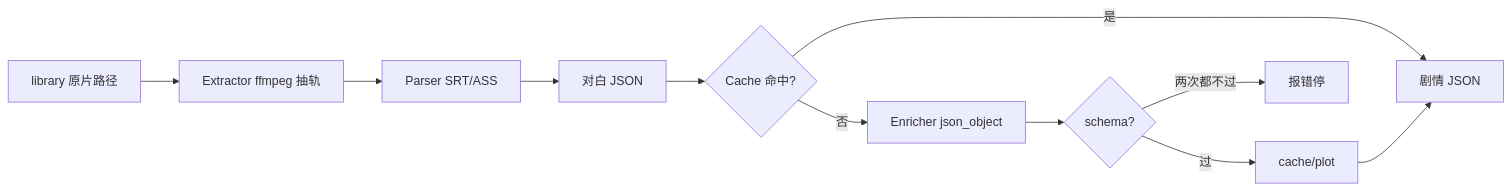
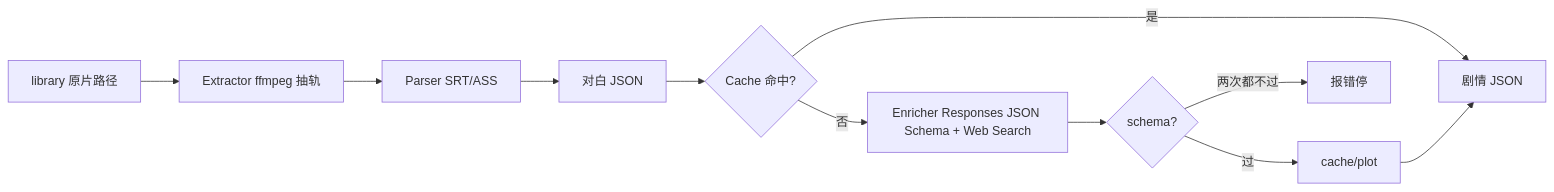
Before and after one commit to lucy971326/WithYou: the diagram in backend/internal/plot/README.md, drawn with Mermaid. The commit also changed other lines of this file and 9 other files, not shown here.

````diff
--- a/backend/internal/plot/README.md
+++ b/backend/internal/plot/README.md
@@ -5,13 +5,13 @@
 ```mermaid
 flowchart LR
   P[library 原片路径] --> X[Extractor ffmpeg 抽轨]
   X --> R[Parser SRT/ASS]
   R --> C[对白 JSON]
   C --> H{Cache 命中?}
   H -->|是| J[剧情 JSON]
-  H -->|否| E[Enricher json_object]
+  H -->|否| E[Enricher Responses JSON Schema + Web Search]
   E --> V{schema?}
   V -->|过| D[cache/plot]
   D --> J
   V -->|两次都不过| Err[报错停]
 ```
````
